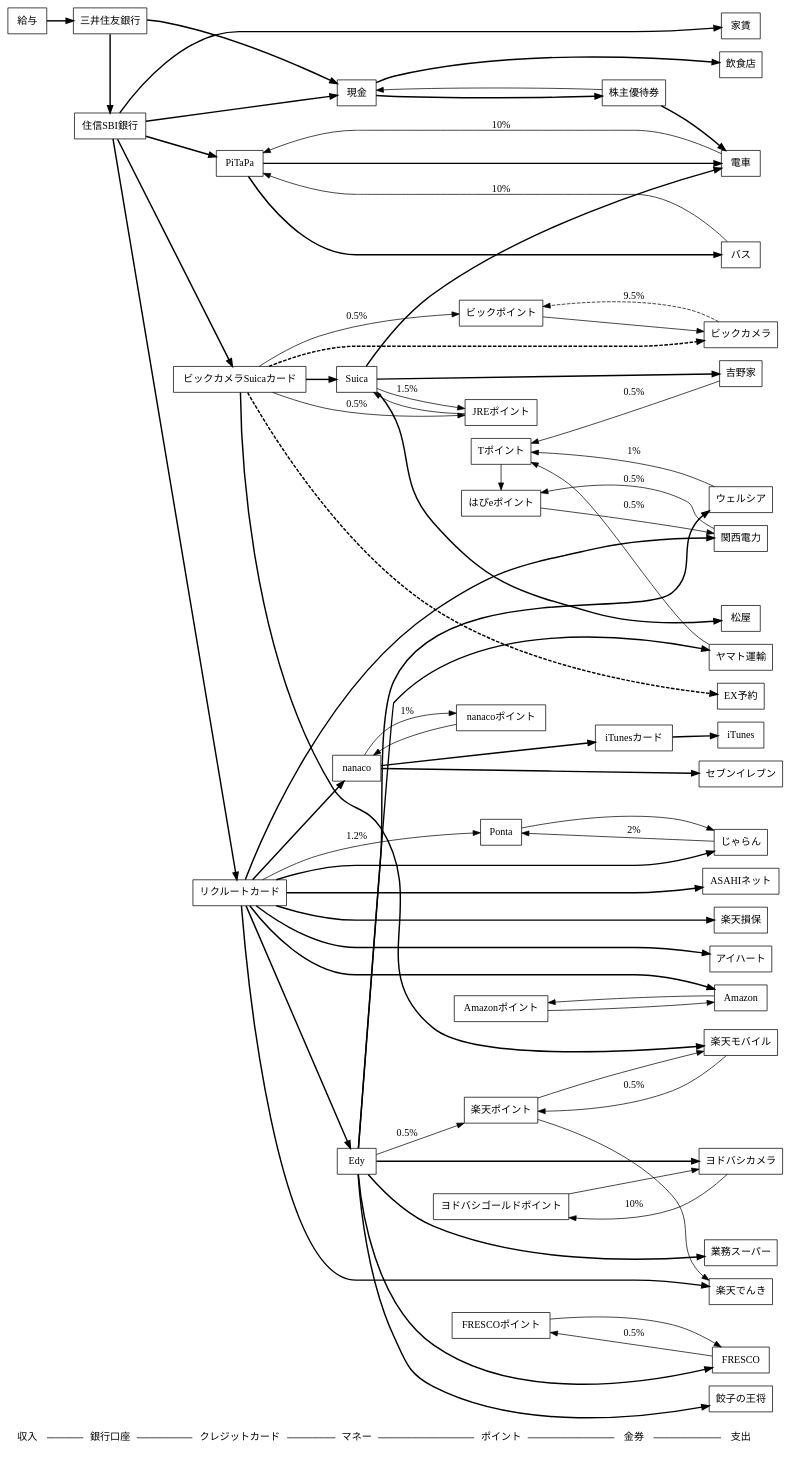
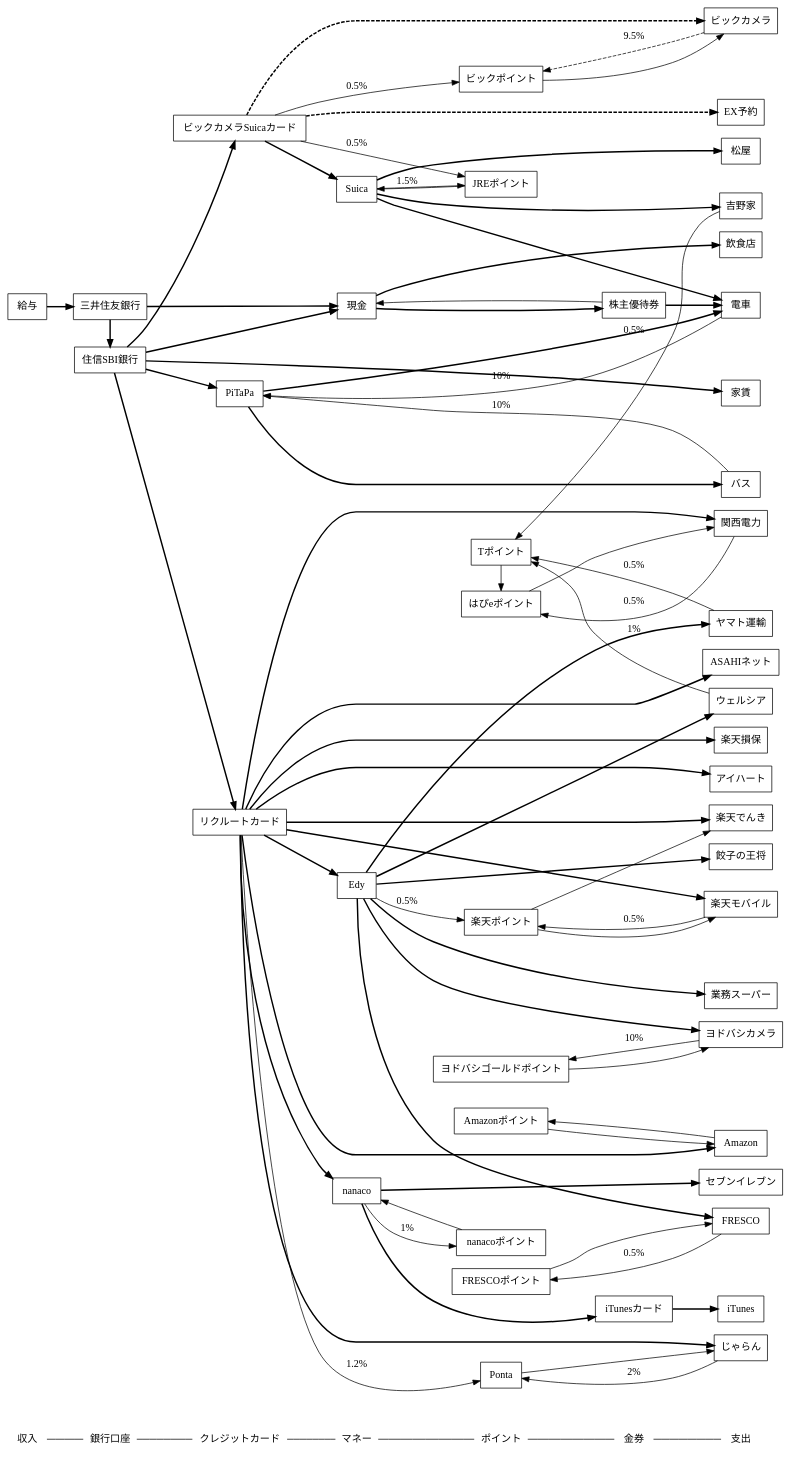
The diagram in moneyflow.dot (saireya/moneyflow), drawn with Graphviz before and after one commit. The commit also changed 1 other file, not shown here.

```diff
--- a/moneyflow.dot
+++ b/moneyflow.dot
@@ -1,165 +1,165 @@
 // dot -Tsvg moneyflow.dot -o moneyflow.svg
 // edge: bold: 支出, solid: 還元(label:還元率), dashed: Obsolete
 digraph "MoneyFlow"
 {
 	graph [ rankdir = LR ];
 	node [ shape = box ];
 
 	"収入", "銀行口座", "クレジットカード", "マネー", "ポイント", "金券", "支出" [shape = none];
 	"収入" -> "銀行口座" -> "クレジットカード" -> "マネー" -> "ポイント" -> "金券" -> "支出" [arrowhead = none];
 	{
 		rank = same; "収入";
 		給与;
 	}
 
 	{
 		rank = same; "銀行口座";
 		三井住友銀行;
 		住信SBI銀行;
 	}
 
 	{
 		rank = same; "クレジットカード";
 		ビックカメラSuicaカード;
 		リクルートカード;
 		PiTaPa;
 	}
 
 	{
 		rank = same; "マネー";
 		Suica;
 		現金;
 		nanaco;
 		Edy;
 	}
 
 	{
 		rank = same; "ポイント";
 		// 共通ポイント
 		Ponta;
 		Tポイント;
 		楽天ポイント;
 		// クレジットカード関係
 		JREポイント;
 		// 独自ポイント
 		ビックポイント;
 		Amazonポイント;
 		nanacoポイント;
 		FRESCOポイント;
 		ヨドバシゴールドポイント;
 		はぴeポイント;
 	}
 
 	{
 		rank = same; "金券";
 		株主優待券;
 		iTunesカード;
 	}
 
 	{
 		rank = same; "支出";
 		家賃;
 		// コンビニ
 		セブンイレブン;
 		// 交通
 		電車;
 		バス;
 		// インフラ
 		ASAHIネット;
 		楽天モバイル;
 		楽天でんき;
 		関西電力;
 		ヤマト運輸;
 		楽天損保;
 		// 店舗
 		アイハート;
 		ウェルシア;
 		ビックカメラ;
 		ヨドバシカメラ;
 		餃子の王将;
 		飲食店;
 		FRESCO;
 		業務スーパー;
 		松屋;
 		吉野家;
 		// ネット
 		Amazon;
 		iTunes;
 		EX予約;
 		じゃらん;
 	}
 
 	// SMBC
 	給与 -> 三井住友銀行 [style="bold", weight=100];
 	三井住友銀行 -> 現金, 住信SBI銀行 [style="bold", weight=100];
 
 	// ビックカメラSuicaカード
 	ビックカメラSuicaカード -> JREポイント [label="0.5%"];
 	ビックカメラSuicaカード -> ビックカメラ [style="bold,dashed", weight=100];
 	ビックカメラ -> ビックポイント [style="dashed", label="9.5%"];
 	ビックカメラSuicaカード -> ビックポイント [label="0.5%"]
 	ビックポイント -> ビックカメラ;
 	ビックカメラSuicaカード -> Suica -> 電車 [style="bold", weight=100];
 	Suica -> 松屋 [style="bold", weight=100];
 	Suica -> 吉野家 [style="bold", weight=100];
 	吉野家 -> Tポイント [label="0.5%"];
 	ビックカメラSuicaカード -> EX予約 [style="bold,dashed", weight=100];
 	Suica -> JREポイント [label="1.5%"];
 	JREポイント -> Suica;
-	ビックカメラSuicaカード -> 楽天モバイル [style="bold", weight=100];
-	楽天モバイル -> 楽天ポイント [label="0.5%"];
-	楽天ポイント -> 楽天モバイル, 楽天でんき;
 
 	// 住信SBI
 	住信SBI銀行 -> 現金 [style="bold", weight=100];
 	住信SBI銀行 -> 家賃 [style="bold", weight=100];
 	住信SBI銀行 -> ビックカメラSuicaカード, リクルートカード, PiTaPa [style="bold", weight=100];
 
 	// リクルートカード
 	リクルートカード -> ASAHIネット [style="bold", weight=100];
 	リクルートカード -> Amazon [style="bold", weight=100];
 	リクルートカード -> じゃらん [style="bold", weight=100];
 	リクルートカード -> アイハート [style="bold", weight=100];
 	リクルートカード -> 関西電力 [style="bold", weight=100];
 	関西電力 -> はぴeポイント [label="0.5%"];
 	はぴeポイント -> 関西電力;
 	リクルートカード -> 楽天でんき [style="bold", weight=100];
 	リクルートカード -> 楽天損保 [style="bold", weight=100];
+	リクルートカード -> 楽天モバイル [style="bold", weight=100];
+	楽天モバイル -> 楽天ポイント [label="0.5%"];
+	楽天ポイント -> 楽天モバイル, 楽天でんき;
 	リクルートカード -> Edy [style="bold", weight=100];
 	Edy -> ヤマト運輸 [style="bold", weight=100];
 	ヤマト運輸 -> Tポイント [label="0.5%"];
 	Edy -> ヨドバシカメラ [style="bold", weight=100];
 	ヨドバシカメラ -> ヨドバシゴールドポイント [label="10%"];
 	ヨドバシゴールドポイント -> ヨドバシカメラ;
 	Edy -> ウェルシア [style="bold", weight=100];
 	ウェルシア -> Tポイント [label="1%"];
 	Tポイント -> はぴeポイント;
 	Edy -> 楽天ポイント [label="0.5%"];
 	リクルートカード -> Ponta [label="1.2%"];
 	Ponta -> じゃらん;
 	じゃらん -> Ponta [label="2%"];
 	Amazon -> Amazonポイント -> Amazon;
 	リクルートカード -> nanaco [style="bold", weight=100];
 	nanaco -> セブンイレブン [style="bold", weight=100];
 	nanaco -> nanacoポイント [label="1%"];
 	nanacoポイント -> nanaco;
 	nanaco -> iTunesカード [style="bold", weight=100];
 	iTunesカード -> iTunes [style="bold", weight=100];
 	Edy -> 業務スーパー [style="bold", weight=100];
 	Edy -> FRESCO [style="bold", weight=100];
 	FRESCO -> FRESCOポイント [label="0.5%"];
 	FRESCOポイント -> FRESCO;
 	Edy -> 餃子の王将 [style="bold", weight=100];
 
 	// PiTaPa
 	PiTaPa -> 電車 [style="bold", weight=100];
 	電車 -> PiTaPa [label="10%"];
 	PiTaPa -> バス [style="bold", weight=100];
 	バス -> PiTaPa [label="10%"];
 
 	// 現金
 	現金 -> 飲食店 [style="bold", weight=100];
 	現金 -> 株主優待券 [style="bold", weight=100];
 	株主優待券 -> 電車 [style="bold", weight=100];
 	株主優待券 -> 現金;
 } 
```
